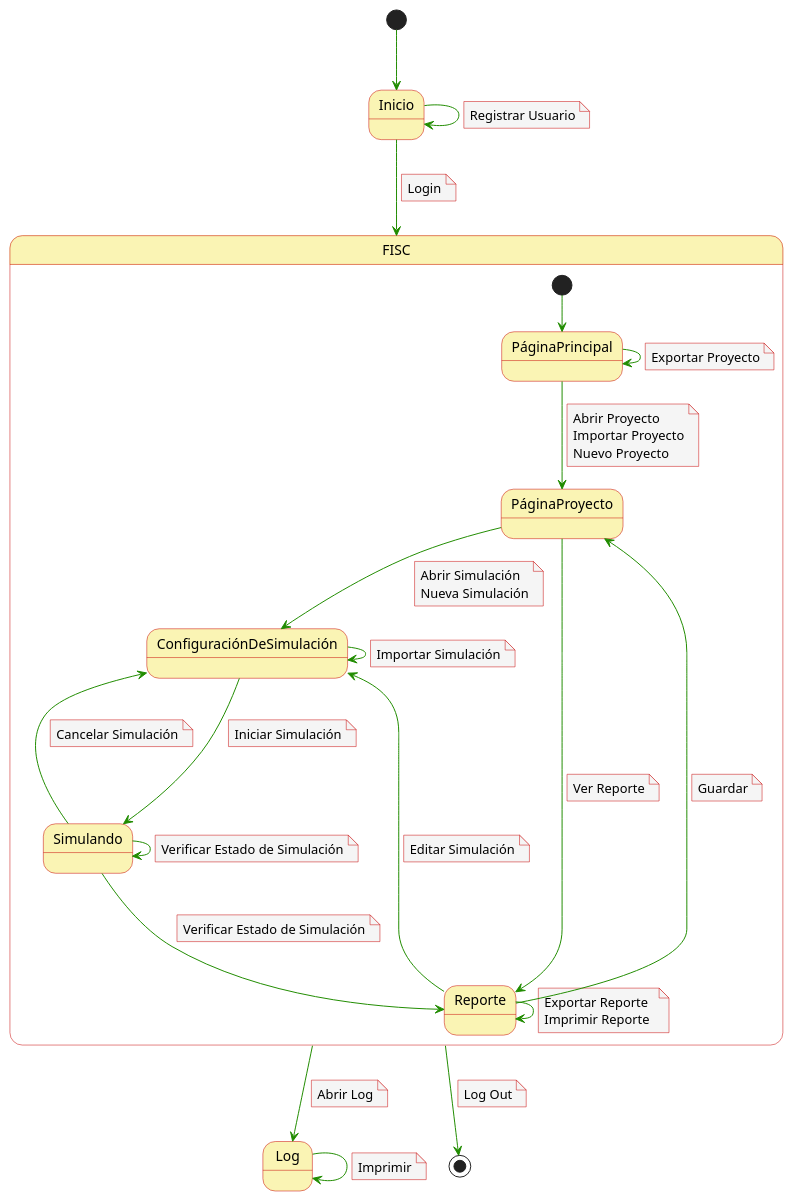
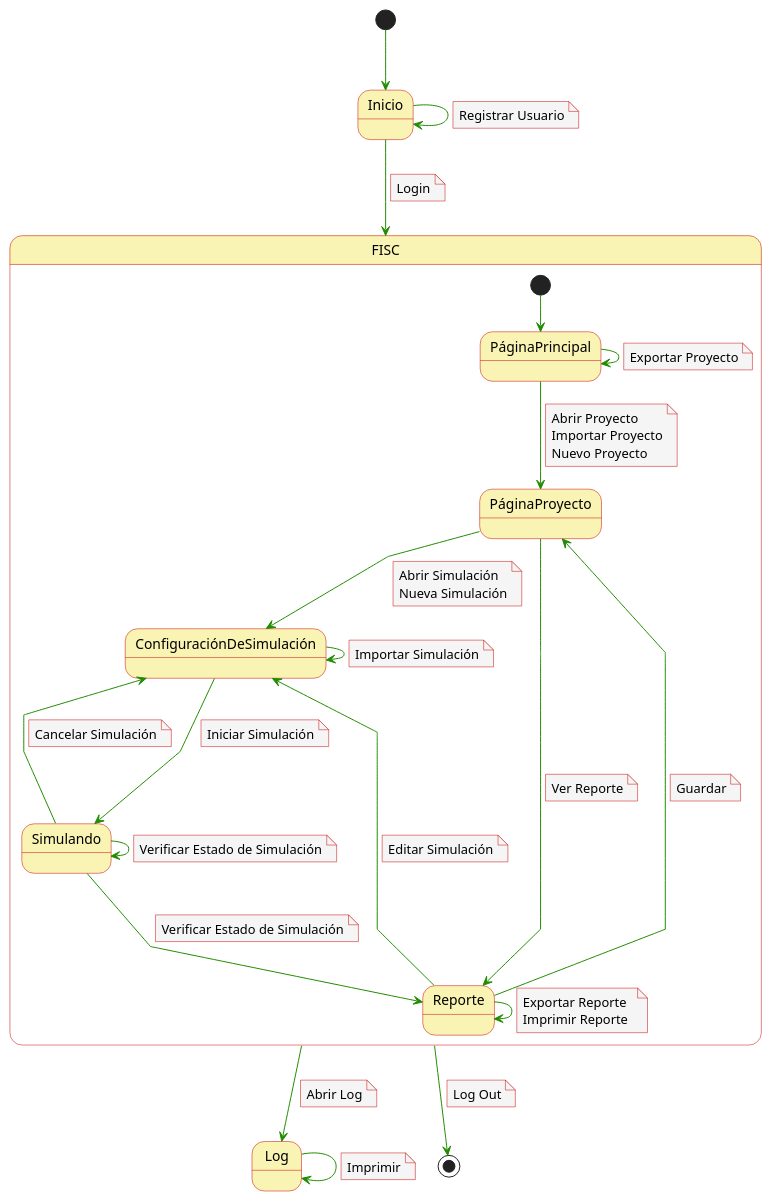
The diagram in casosDeUso/diagramaContexto.puml (mmasias/23-24-IdSw1-SDR), drawn with PlantUML before and after one commit. The commit also changed 5 other files, not shown here.

```diff
--- a/casosDeUso/diagramaContexto.puml
+++ b/casosDeUso/diagramaContexto.puml
@@ -1,95 +1,95 @@
 @startuml
 skinparam noteBackgroundColor #f5f5f5
 skinparam noteBorderColor #c90000
 skinparam arrowColor #218c00
 skinparam stateBackgroundColor #faf4b4
 skinparam stateBorderColor #c90000
-skinparam linetype bold
+skinparam linetype polyline
 skinparam arrowThickness 1
 
 [*] --> Inicio
 
 Inicio -d-> FISC 
 note on link
   Login
 end note
 Inicio -d-> Inicio
 note on link
   Registrar Usuario
 end note
 
 State FISC {
 [*] --> PáginaPrincipal 
 
 PáginaPrincipal -d-> PáginaProyecto
 note on link
   Abrir Proyecto 
   Importar Proyecto
   Nuevo Proyecto 
 end note 
 PáginaPrincipal -d-> PáginaPrincipal
 note on link
   Exportar Proyecto
 end note 
 
 PáginaProyecto -d-> ConfiguraciónDeSimulación
 note on link
   Abrir Simulación
   Nueva Simulación
 end note 
 PáginaProyecto ---> Reporte
 note on link
   Ver Reporte
 end note 
 
 ConfiguraciónDeSimulación -d-> Simulando
 note on link
   Iniciar Simulación
 end note 
 ConfiguraciónDeSimulación -d-> ConfiguraciónDeSimulación
 note on link
   Importar Simulación
 end note  
 
 Simulando ---> ConfiguraciónDeSimulación
 note on link
   Cancelar Simulación
 end note 
 Simulando ---> Simulando
 note on link
   Verificar Estado de Simulación
 end note 
 Simulando ---> Reporte
 note on link
   Verificar Estado de Simulación
 end note 
 
 Reporte -d-> Reporte
 note on link
   Exportar Reporte  
   Imprimir Reporte
 end note 
 Reporte -d-> PáginaProyecto
 note on link
   Guardar
 end note 
 Reporte -d-> ConfiguraciónDeSimulación
 note on link
   Editar Simulación
 end note 
 }
 
 Log ---> Log
 note on link
   Imprimir
 end note 
 FISC -d-> Log
 note on link
   Abrir Log
 end note 
 FISC --> [*]
 note on link
   Log Out
 end note 
 
 @enduml
```
